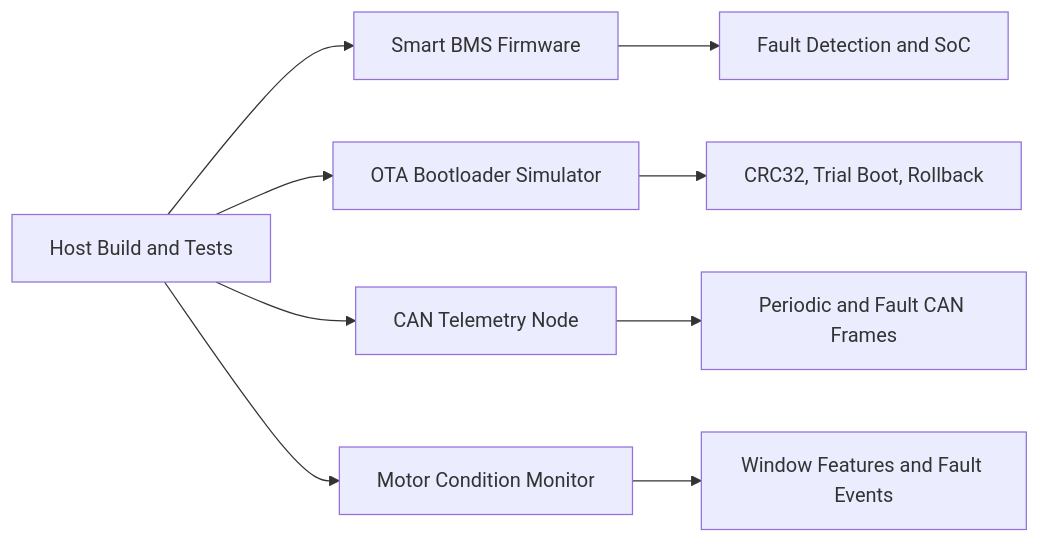
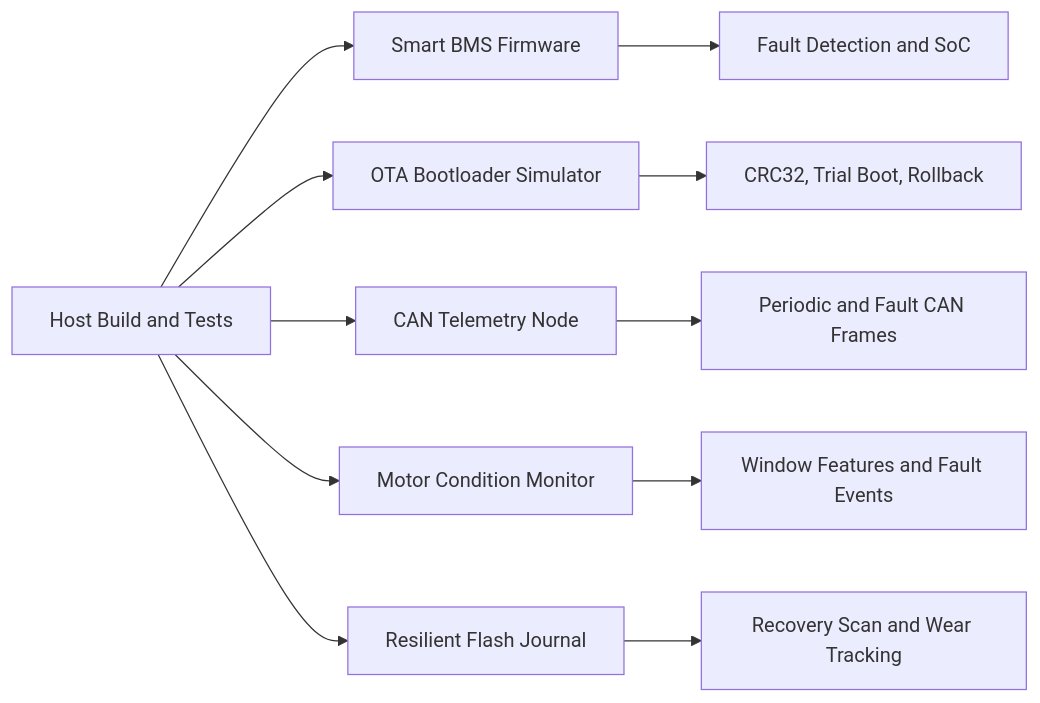
Before and after one commit to akifitu/embedded-systems-portfolio-lab: the diagram in README.md, drawn with Mermaid. The commit also changed other lines of this file and 16 other files, not shown here.

Commit message:
Add resilient flash journal project

````diff
--- a/README.md
+++ b/README.md
@@ -22,11 +23,13 @@
 ```mermaid
 flowchart LR
     Host[Host Build and Tests] --> BMS[Smart BMS Firmware]
     Host --> OTA[OTA Bootloader Simulator]
     Host --> CAN[CAN Telemetry Node]
     Host --> MCM[Motor Condition Monitor]
+    Host --> RFJ[Resilient Flash Journal]
     BMS --> Safety[Fault Detection and SoC]
     OTA --> Reliability[CRC32, Trial Boot, Rollback]
     CAN --> VehicleBus[Periodic and Fault CAN Frames]
     MCM --> Predictive[Window Features and Fault Events]
+    RFJ --> Persistence[Recovery Scan and Wear Tracking]
 ```
````
